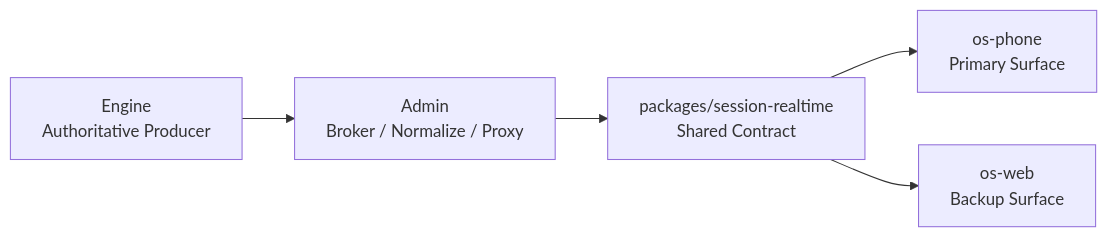
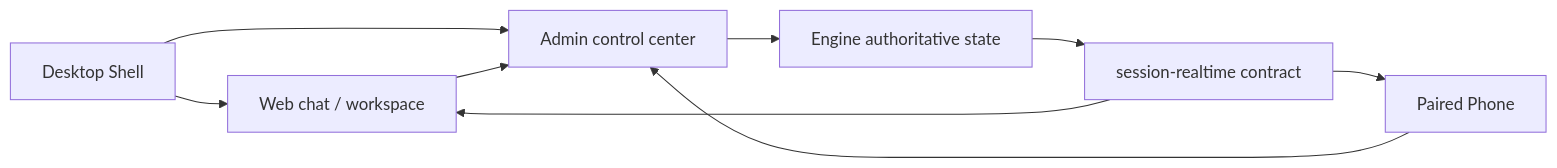
One commit to justForever17/v8-agent-os changed the diagram in docs/V8_AGENT_OS_QUICK_START_ZH.md. Above: the diagram before and after it, drawn with Mermaid. The commit also changed other lines of this file and 6 other files, not shown here.

````diff
--- a/docs/V8_AGENT_OS_QUICK_START_ZH.md
+++ b/docs/V8_AGENT_OS_QUICK_START_ZH.md
@@ -37,7 +18,11 @@
 ```mermaid
 flowchart LR
-  A["Engine\nAuthoritative Producer"] --> B["Admin\nBroker / Normalize / Proxy"]
-  B --> C["packages/session-realtime\nShared Contract"]
-  C --> D["os-phone\nPrimary Surface"]
-  C --> E["os-web\nBackup Surface"]
+  Shell["Desktop Shell"] --> Web["Web chat / workspace"]
+  Shell --> Admin["Admin control center"]
+  Phone["Paired Phone"] --> Admin
+  Web --> Admin
+  Admin --> Engine["Engine authoritative state"]
+  Engine --> Contract["session-realtime contract"]
+  Contract --> Web
+  Contract --> Phone
 ```
````
